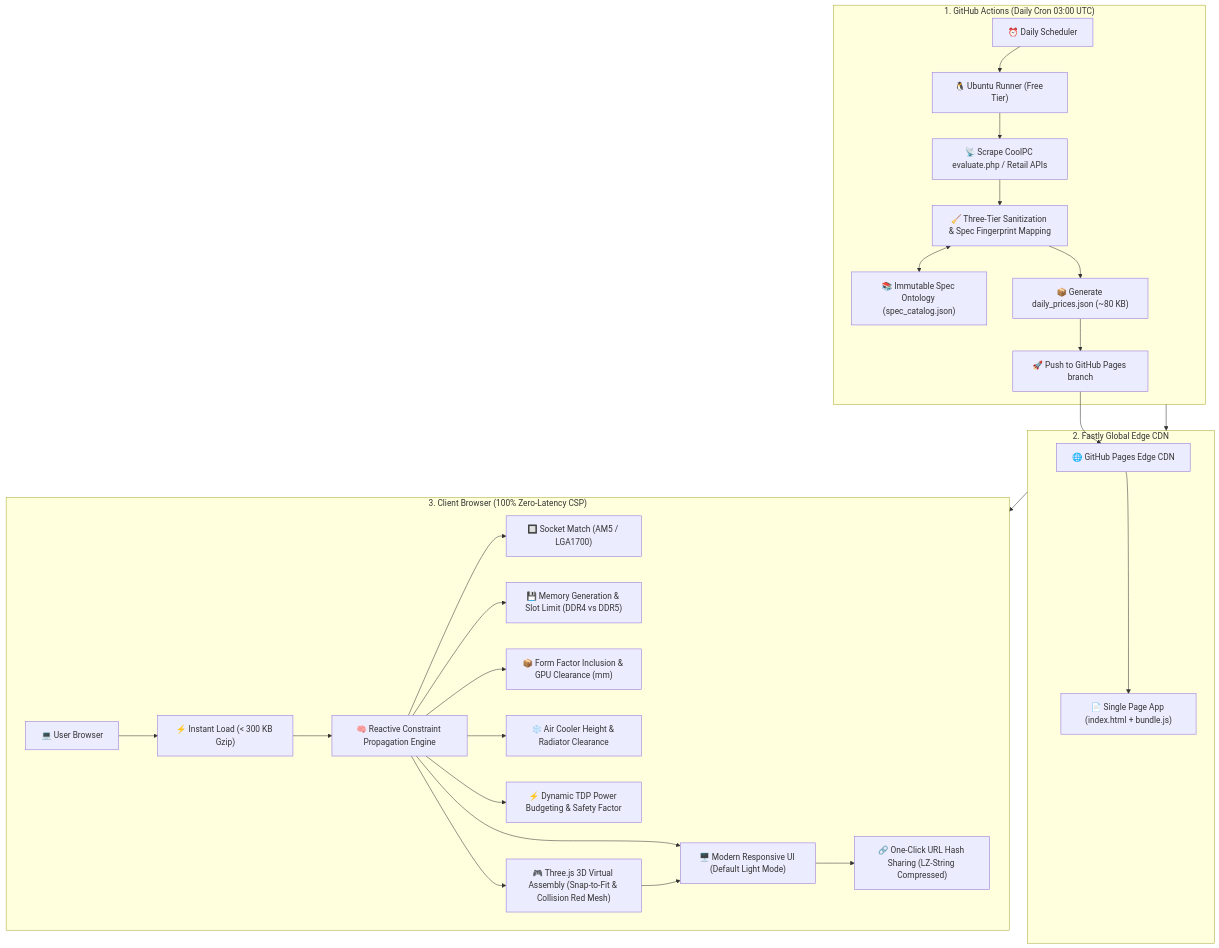
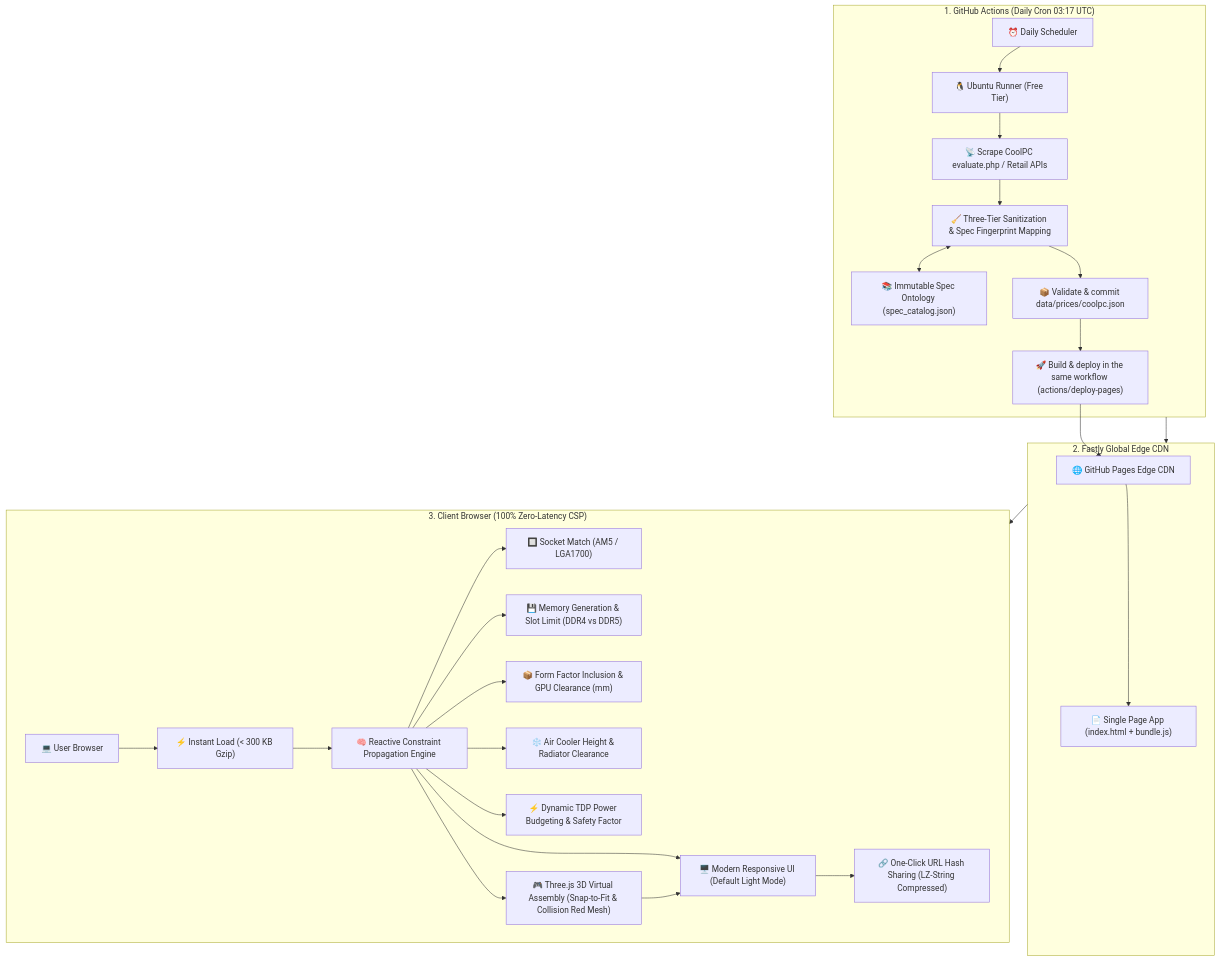
Before and after one commit to VaalRL/TW-bentocraft-dev: the first of 2 diagrams in README.md, drawn with Mermaid. The commit also changed other lines of this file and 9 other files, not shown here.

````diff
--- a/README.md
+++ b/README.md
@@ -36,34 +36,34 @@
 ```mermaid
 flowchart TD
-    subgraph Pipeline["1. GitHub Actions (Daily Cron 03:00 UTC)"]
+    subgraph Pipeline["1. GitHub Actions (Daily Cron 03:17 UTC)"]
         Cron["⏰ Daily Scheduler"] --> Runner["🐧 Ubuntu Runner (Free Tier)"]
         Runner --> Crawler["📡 Scrape CoolPC evaluate.php / Retail APIs"]
         Crawler --> SpecMatch["🧹 Three-Tier Sanitization & Spec Fingerprint Mapping"]
         SpecMatch <--> SpecCatalog["📚 Immutable Spec Ontology (spec_catalog.json)"]
-        SpecMatch --> Snapshot["📦 Generate daily_prices.json (~80 KB)"]
-        Snapshot --> DeployPages["🚀 Push to GitHub Pages branch"]
+        SpecMatch --> Snapshot["📦 Validate & commit data/prices/coolpc.json"]
+        Snapshot --> DeployPages["🚀 Build & deploy in the same workflow (actions/deploy-pages)"]
     end
 
     subgraph Distribution["2. Fastly Global Edge CDN"]
         DeployPages --> CDN["🌐 GitHub Pages Edge CDN"]
         CDN --> StaticAssets["📄 Single Page App (index.html + bundle.js)"]
     end
 
     subgraph ClientEdge["3. Client Browser (100% Zero-Latency CSP)"]
         Browser["💻 User Browser"] --> LoadApp["⚡ Instant Load (< 300 KB Gzip)"]
         LoadApp --> CSPEngine["🧠 Reactive Constraint Propagation Engine"]
         
         CSPEngine --> SocketCheck["🔲 Socket Match (AM5 / LGA1700)"]
         CSPEngine --> RAMCheck["💾 Memory Generation & Slot Limit (DDR4 vs DDR5)"]
         CSPEngine --> CaseClearance["📦 Form Factor Inclusion & GPU Clearance (mm)"]
         CSPEngine --> CoolerCheck["❄️ Air Cooler Height & Radiator Clearance"]
         CSPEngine --> PowerBudget["⚡ Dynamic TDP Power Budgeting & Safety Factor"]
         CSPEngine --> ThreeJSStage["🎮 Three.js 3D Virtual Assembly (Snap-to-Fit & Collision Red Mesh)"]
         
         CSPEngine --> UI["🖥️ Modern Responsive UI (Default Light Mode)"]
         ThreeJSStage --> UI
         UI --> Share["🔗 One-Click URL Hash Sharing (LZ-String Compressed)"]
     end
 
     Pipeline --> Distribution --> ClientEdge
 ```
````
